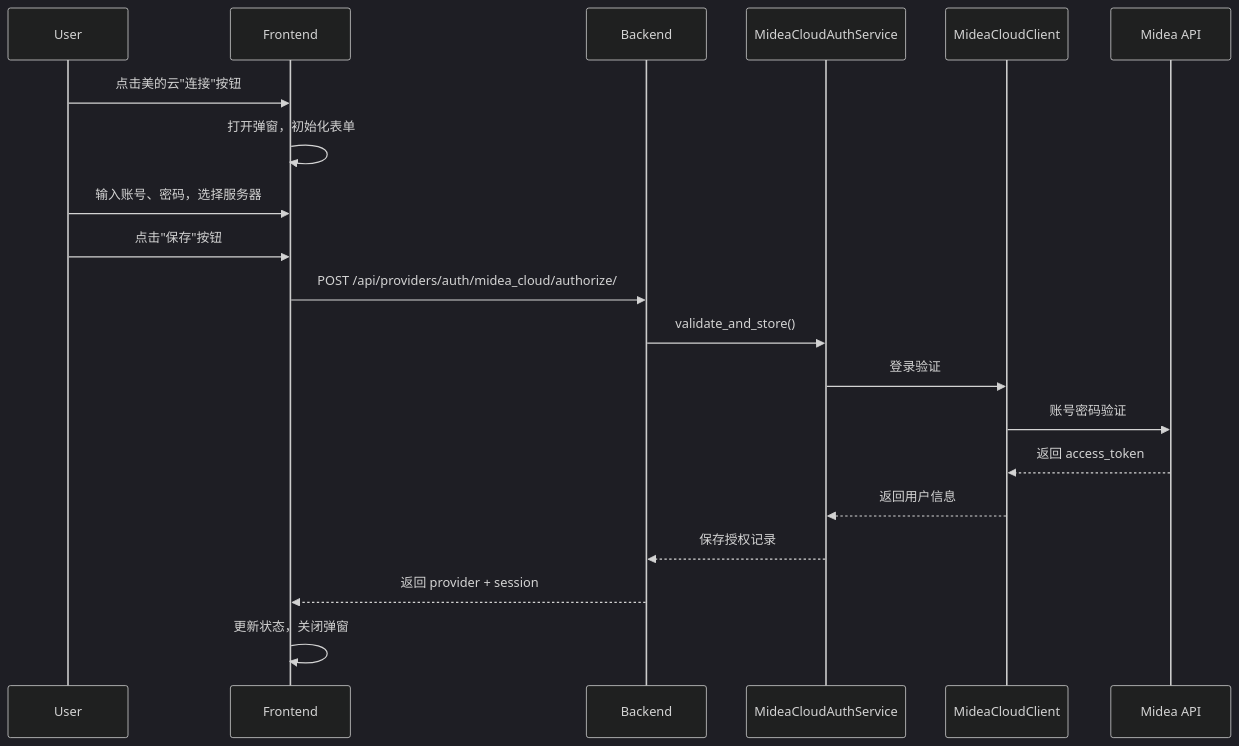
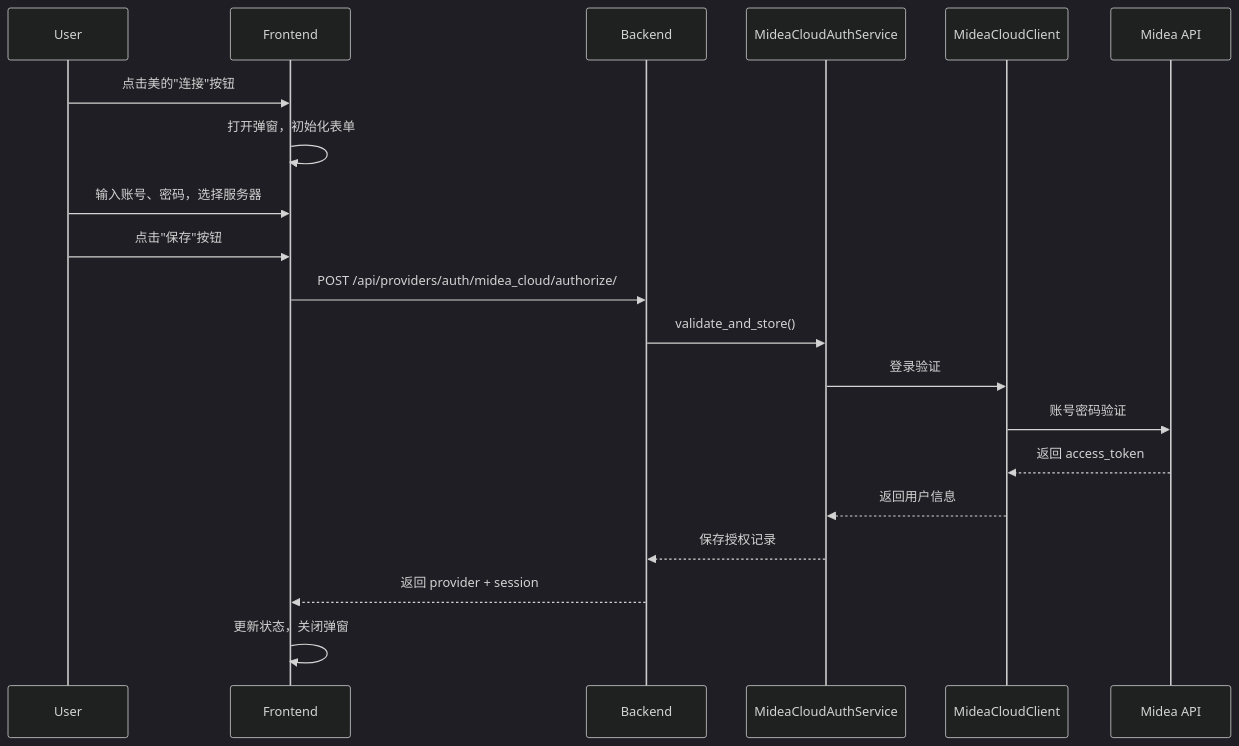
One commit to edisonwong520/wanny changed the diagram in docs/superpowers/specs/2026-04-02-midea-cloud-auth-frontend-design.md. Above: the diagram before and after it, drawn with Mermaid (dark theme). The commit also changed other lines of this file and 27 other files, not shown here.

Commit message:
feat: improve midea integration and device refresh flow

````diff
--- a/docs/superpowers/specs/2026-04-02-midea-cloud-auth-frontend-design.md
+++ b/docs/superpowers/specs/2026-04-02-midea-cloud-auth-frontend-design.md
@@ -275,16 +275,16 @@
 ```mermaid
 sequenceDiagram
-    User->>Frontend: 点击美的云"连接"按钮
+    User->>Frontend: 点击美的"连接"按钮
     Frontend->>Frontend: 打开弹窗，初始化表单
     User->>Frontend: 输入账号、密码，选择服务器
     User->>Frontend: 点击"保存"按钮
     Frontend->>Backend: POST /api/providers/auth/midea_cloud/authorize/
     Backend->>MideaCloudAuthService: validate_and_store()
     MideaCloudAuthService->>MideaCloudClient: 登录验证
     MideaCloudClient->>Midea API: 账号密码验证
     Midea API-->>MideaCloudClient: 返回 access_token
     MideaCloudClient-->>MideaCloudAuthService: 返回用户信息
     MideaCloudAuthService-->>Backend: 保存授权记录
     Backend-->>Frontend: 返回 provider + session
     Frontend->>Frontend: 更新状态，关闭弹窗
 ```
````
